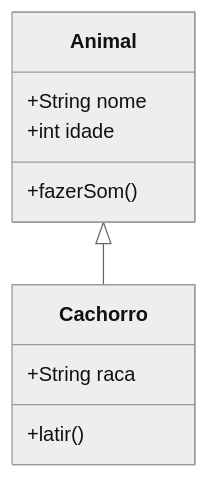
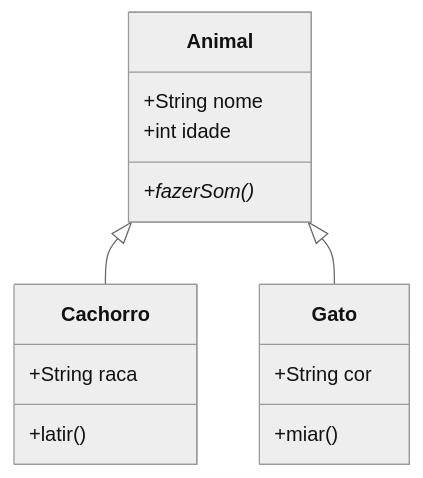
Before and after one commit to aajunior43/workspace-backup: the third of 14 diagrams in Skills/mermaid-diagrams/SKILL.md, drawn with Mermaid (neutral theme). The commit also changed other lines of this file and 5 other files, not shown here.

````diff
--- a/Skills/mermaid-diagrams/SKILL.md
+++ b/Skills/mermaid-diagrams/SKILL.md
@@ -71,13 +88,18 @@
 ```mermaid
 classDiagram
     class Animal {
       +String nome
       +int idade
-      +fazerSom()
+      +fazerSom()*
     }
     class Cachorro {
       +String raca
       +latir()
     }
+    class Gato {
+      +String cor
+      +miar()
+    }
     Animal <|-- Cachorro
+    Animal <|-- Gato
 ```
````
